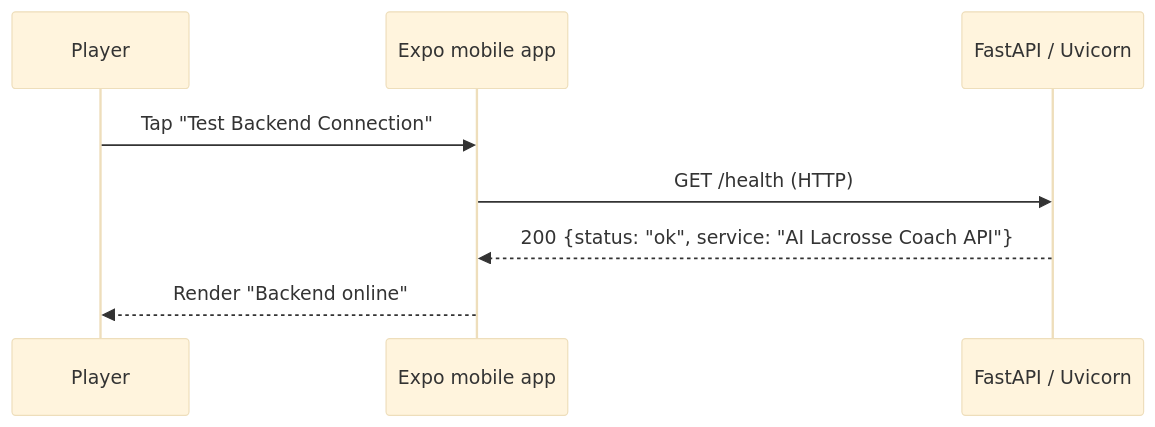
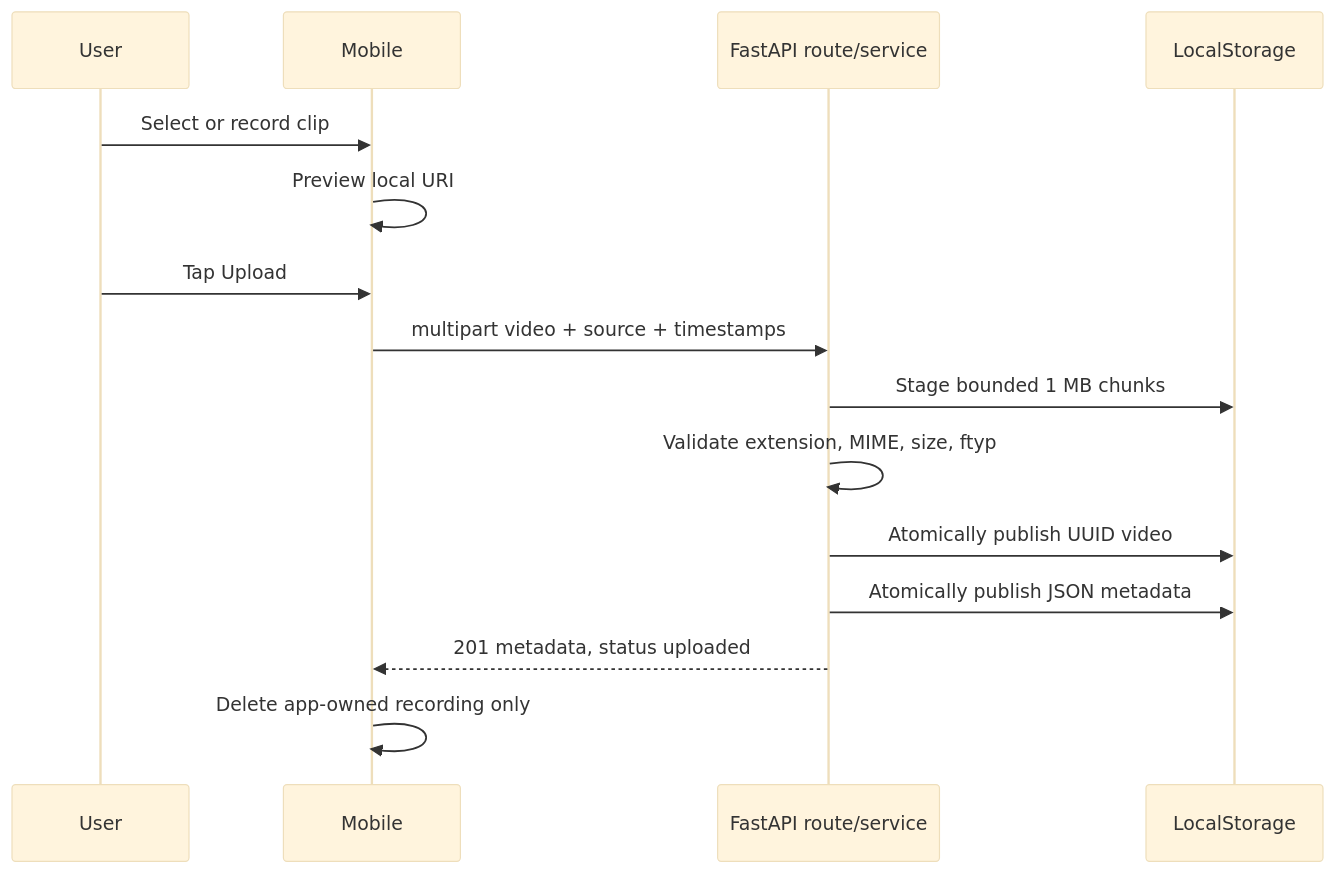
Before and after one commit to ebennett831/Capstone: the diagram in docs/architecture.md, drawn with Mermaid (base theme). The commit also changed other lines of this file and 39 other files, not shown here.

First line of the commit message:
feat: implement milestone 2 video upload pipeline

````diff
--- a/docs/architecture.md
+++ b/docs/architecture.md
@@ -61,10 +58,17 @@
 ```mermaid
 sequenceDiagram
-    participant User as Player
-    participant App as Expo mobile app
-    participant API as FastAPI / Uvicorn
-    User->>App: Tap "Test Backend Connection"
-    App->>API: GET /health (HTTP)
-    API-->>App: 200 {status: "ok", service: "AI Lacrosse Coach API"}
-    App-->>User: Render "Backend online"
+    participant User
+    participant Mobile
+    participant API as FastAPI route/service
+    participant Disk as LocalStorage
+    User->>Mobile: Select or record clip
+    Mobile->>Mobile: Preview local URI
+    User->>Mobile: Tap Upload
+    Mobile->>API: multipart video + source + timestamps
+    API->>Disk: Stage bounded 1 MB chunks
+    API->>API: Validate extension, MIME, size, ftyp
+    API->>Disk: Atomically publish UUID video
+    API->>Disk: Atomically publish JSON metadata
+    API-->>Mobile: 201 metadata, status uploaded
+    Mobile->>Mobile: Delete app-owned recording only
 ```
````
